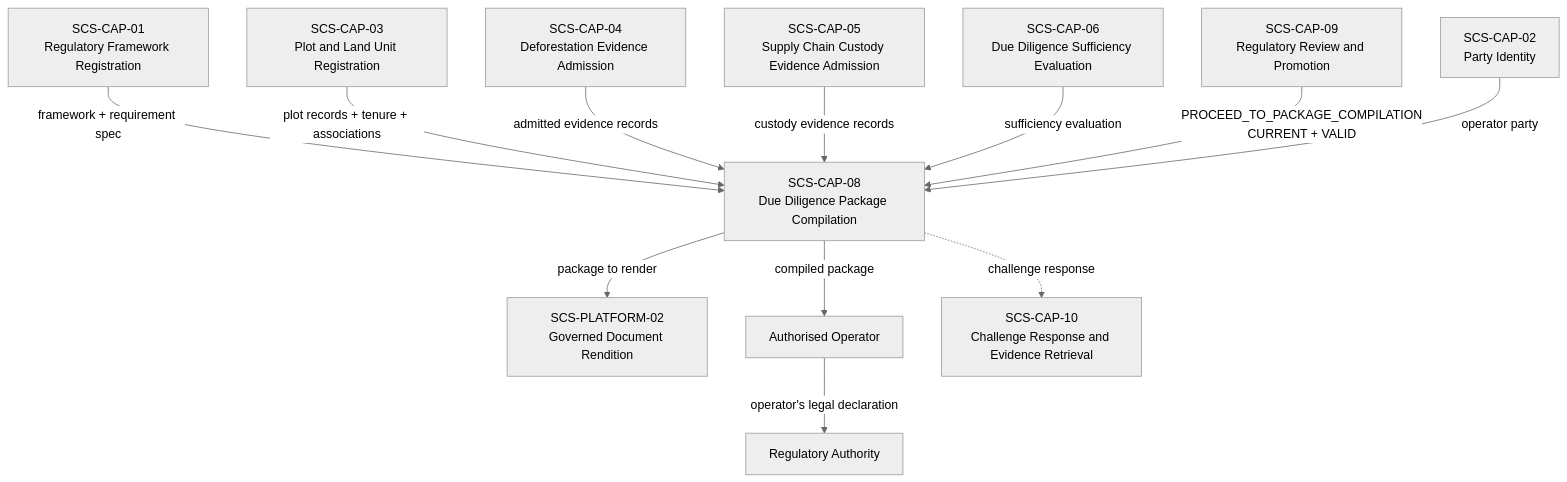
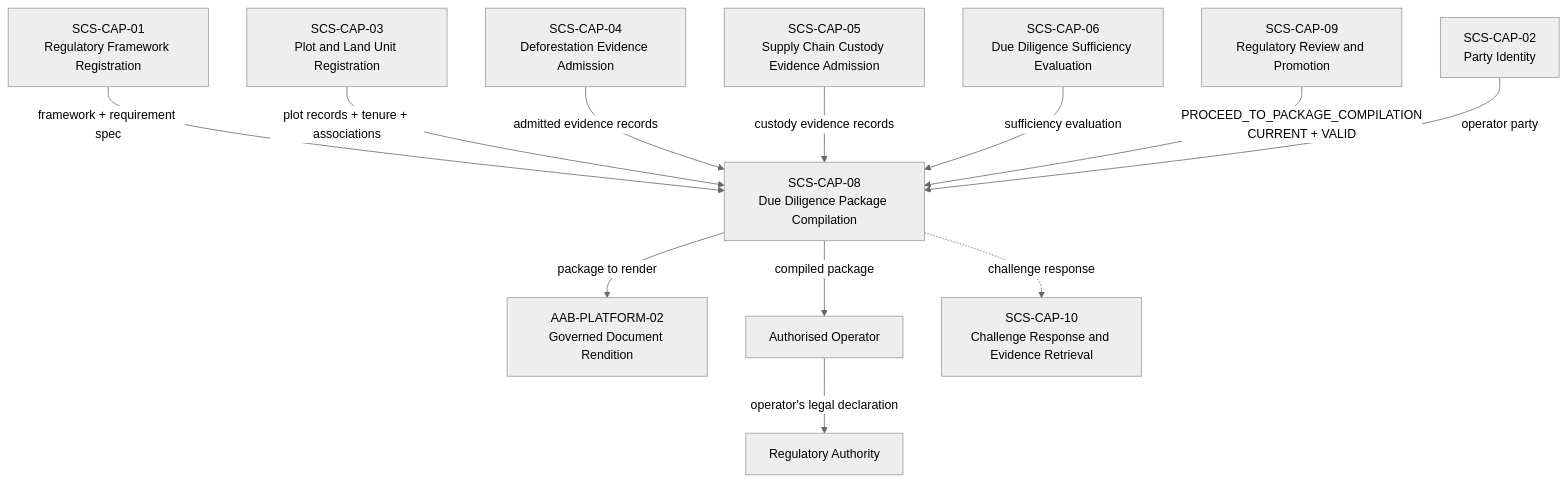
One commit to AdvancedAgricultureBiometrix/aab-source-of-truth changed the first of 2 diagrams in governance/workstream-b/SCS-CAP-08-DUE-DILIGENCE-PACKAGE-COMPILATION-CANONICAL-CONTRACT-2026-09-22.md. Above: the diagram before and after it, drawn with Mermaid (neutral theme). The commit also changed other lines of this file and 18 other files, not shown here.

First line of the commit message:
Rename SCS-PLATFORM-01/02 to AAB-PLATFORM-01/02: governance

````diff
--- a/governance/workstream-b/SCS-CAP-08-DUE-DILIGENCE-PACKAGE-COMPILATION-CANONICAL-CONTRACT-2026-09-22.md
+++ b/governance/workstream-b/SCS-CAP-08-DUE-DILIGENCE-PACKAGE-COMPILATION-CANONICAL-CONTRACT-2026-09-22.md
@@ -96,14 +96,14 @@
 ```mermaid
 graph TD
     A[SCS-CAP-01<br/>Regulatory Framework Registration] -->|framework + requirement spec| H[SCS-CAP-08<br/>Due Diligence Package Compilation]
     B[SCS-CAP-03<br/>Plot and Land Unit Registration] -->|plot records + tenure + associations| H
     C[SCS-CAP-04<br/>Deforestation Evidence Admission] -->|admitted evidence records| H
     D[SCS-CAP-05<br/>Supply Chain Custody Evidence Admission] -->|custody evidence records| H
     E[SCS-CAP-06<br/>Due Diligence Sufficiency Evaluation] -->|sufficiency evaluation| H
     F[SCS-CAP-09<br/>Regulatory Review and Promotion] -->|PROCEED_TO_PACKAGE_COMPILATION<br/>CURRENT + VALID| H
     K[SCS-CAP-02<br/>Party Identity] -->|operator party| H
-    H -->|package to render| R[SCS-PLATFORM-02<br/>Governed Document Rendition]
+    H -->|package to render| R[AAB-PLATFORM-02<br/>Governed Document Rendition]
     H -->|compiled package| G[Authorised Operator]
     G -->|operator's legal declaration| I[Regulatory Authority]
     H -.->|challenge response| J[SCS-CAP-10<br/>Challenge Response and Evidence Retrieval]
 ```
````
